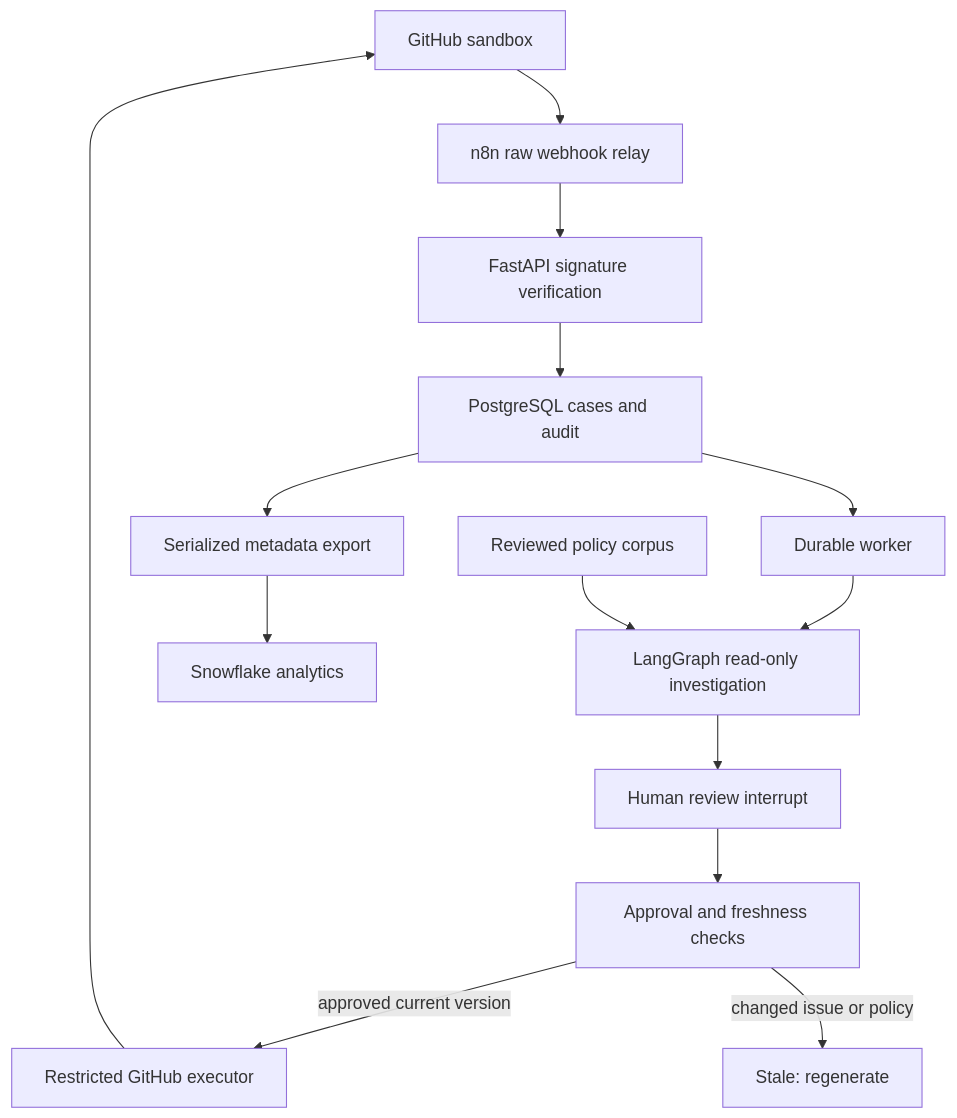
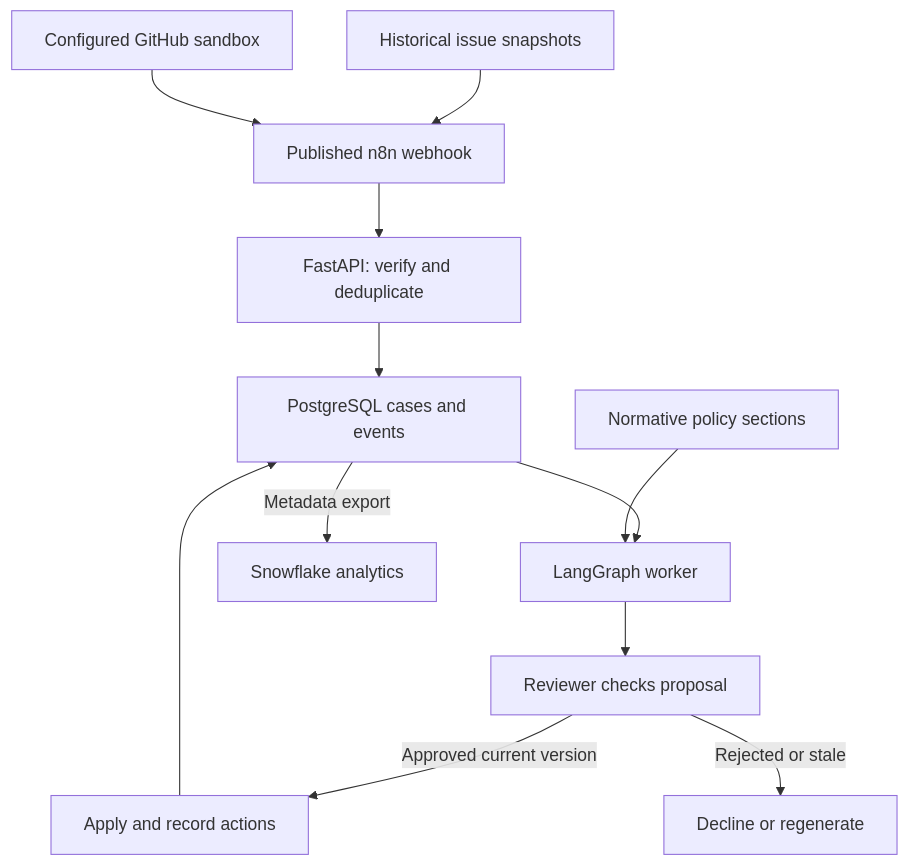
One commit to BlazingVermilion/issuepilot-sandbox changed the diagram in issuepilot/docs/architecture.md. Above: the diagram before and after it, drawn with Mermaid. The commit also changed other lines of this file and 64 other files, not shown here.

````diff
--- a/issuepilot/docs/architecture.md
+++ b/issuepilot/docs/architecture.md
@@ -45,16 +5,14 @@
 ```mermaid
 flowchart TD
-    GH["GitHub sandbox"] --> N["n8n raw webhook relay"]
-    N --> API["FastAPI signature verification"]
-    API --> DB["PostgreSQL cases and audit"]
-    DB --> W["Durable worker"]
-    W --> LG["LangGraph read-only investigation"]
-    P["Reviewed policy corpus"] --> LG
-    LG --> H["Human review interrupt"]
-    H --> G["Approval and freshness checks"]
-    G -->|"approved current version"| X["Restricted GitHub executor"]
-    G -->|"changed issue or policy"| S["Stale: regenerate"]
-    X --> GH
-    DB --> E["Serialized metadata export"]
-    E --> SF["Snowflake analytics"]
+    S["Historical issue snapshots"] --> N["Published n8n webhook"]
+    G["Configured GitHub sandbox"] --> N
+    N --> I["FastAPI: verify and deduplicate"]
+    I --> P["PostgreSQL cases and events"]
+    P --> W["LangGraph worker"]
+    D["Normative policy sections"] --> W
+    W --> R["Reviewer checks proposal"]
+    R -->|"Approved current version"| A["Apply and record actions"]
+    R -->|"Rejected or stale"| H["Decline or regenerate"]
+    A --> P
+    P -->|"Metadata export"| F["Snowflake analytics"]
 ```
````
